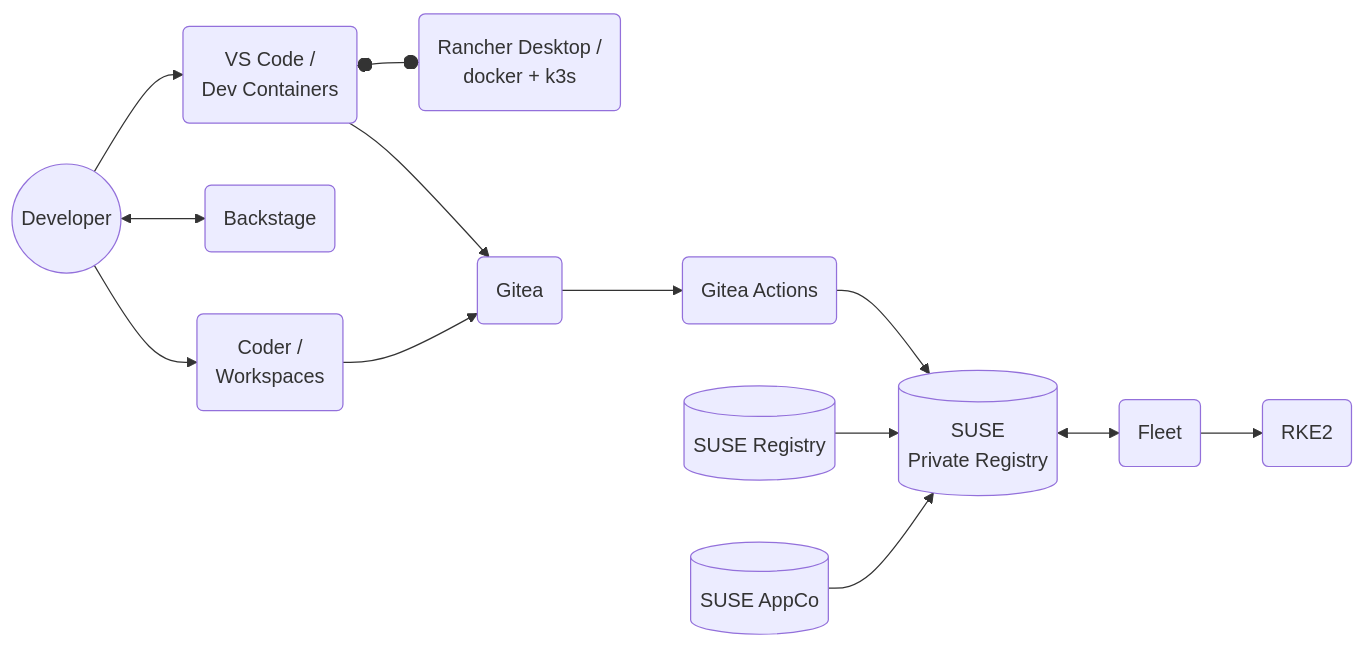
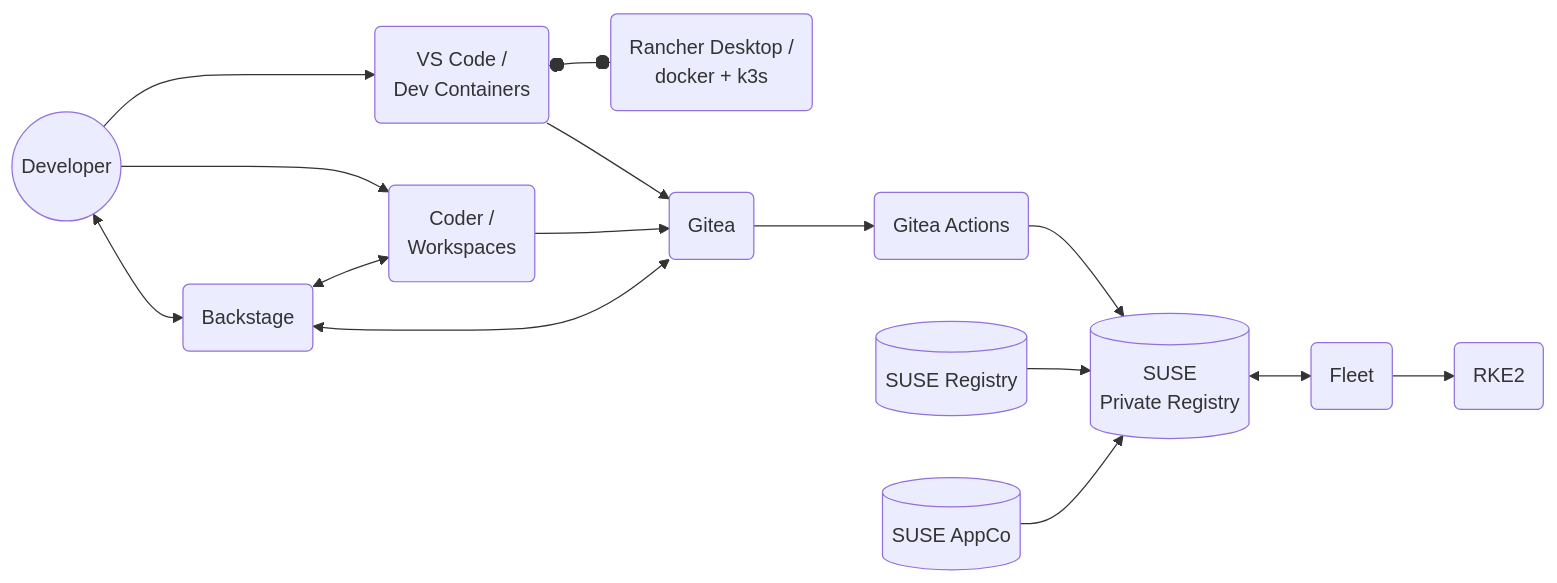
One commit to rancher/devx-designs changed the first of 4 diagrams in docs/docs/intro.md. Above: the diagram before and after it, drawn with Mermaid.

Commit message:
Fix diagram to show backstage plugin points.

````diff
--- a/docs/docs/intro.md
+++ b/docs/docs/intro.md
@@ -28,28 +28,30 @@
 ```mermaid
 flowchart LR
     Dev((Developer))
     --> VSC("VS Code /
     Dev Containers") 
     o--o RD("Rancher Desktop / 
             docker + k3s")
-    Dev <--> IDP("Backstage")
     VSC --> GT("Gitea")
         --> GHA(Gitea Actions)
         --> SPR[("SUSE 
         Private Registry")] <--> FLT(Fleet)
         --> RKE2(RKE2)
 
     Dev --> CD("Coder /
     Workspaces") --> GT
+    Dev <--> IDP("Backstage")
+    IDP <--> GT
+    IDP <--> CD
 
     %% VSC --> GH("Github")
     %% CD --> GH
     %% GH --> GHA
 
     %% VSC --> GL("Gitlab")
     %% CD --> GL
     %% GL --> GHA
 
     BCI[(SUSE Registry)] --> SPR
     AC[(SUSE AppCo)] --> SPR
 ```
````
